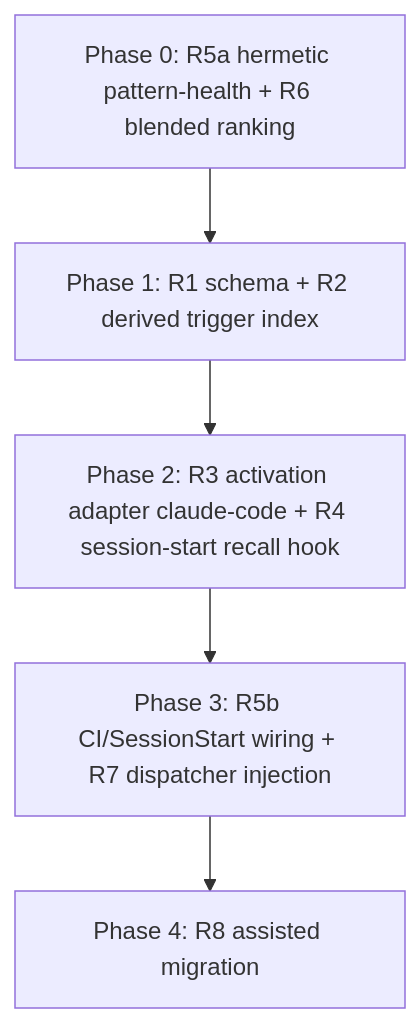
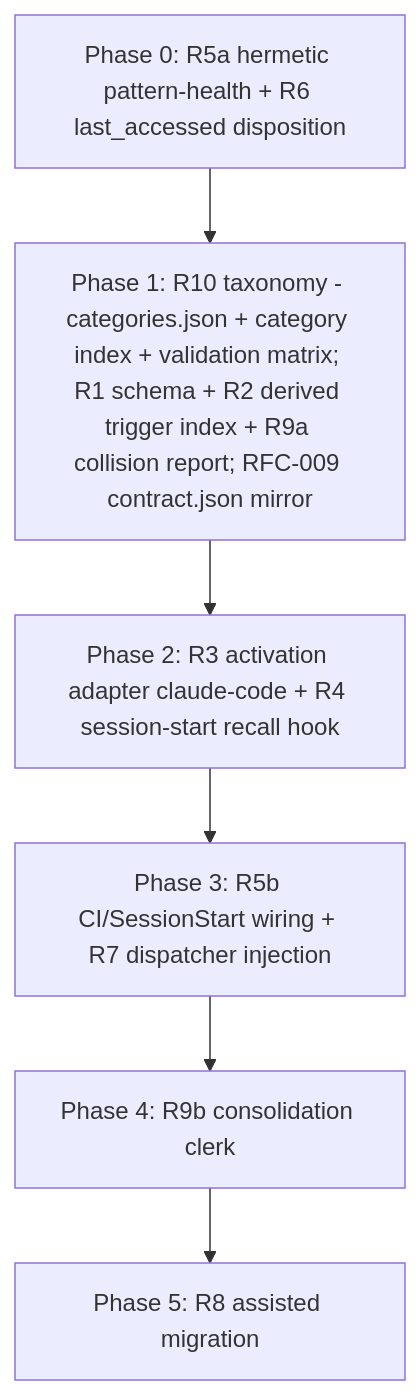
One commit to lantisprime/episodic-memory changed the diagram in docs/rfcs/RFC-009-lesson-activation.md. Above: the diagram before and after it, drawn with Mermaid. The commit also changed other lines of this file and 1 other file, not shown here.

First line of the commit message:
RFC-009: activation refinements + R10 memory taxonomy (codex r5 ACCEPT) (#451)

````diff
--- a/docs/rfcs/RFC-009-lesson-activation.md
+++ b/docs/rfcs/RFC-009-lesson-activation.md
@@ -133,13 +316,15 @@
 ```mermaid
 graph TD
-    P0[Phase 0: R5a hermetic pattern-health + R6 blended ranking]
-    P1[Phase 1: R1 schema + R2 derived trigger index]
+    P0[Phase 0: R5a hermetic pattern-health + R6 last_accessed disposition]
+    P1[Phase 1: R10 taxonomy - categories.json + category index + validation matrix; R1 schema + R2 derived trigger index + R9a collision report; RFC-009 contract.json mirror]
     P2[Phase 2: R3 activation adapter claude-code + R4 session-start recall hook]
     P3[Phase 3: R5b CI/SessionStart wiring + R7 dispatcher injection]
-    P4[Phase 4: R8 assisted migration]
+    P4[Phase 4: R9b consolidation clerk]
+    P5[Phase 5: R8 assisted migration]
 
     P0 --> P1
     P1 --> P2
     P2 --> P3
     P3 --> P4
+    P4 --> P5
 ```
````
